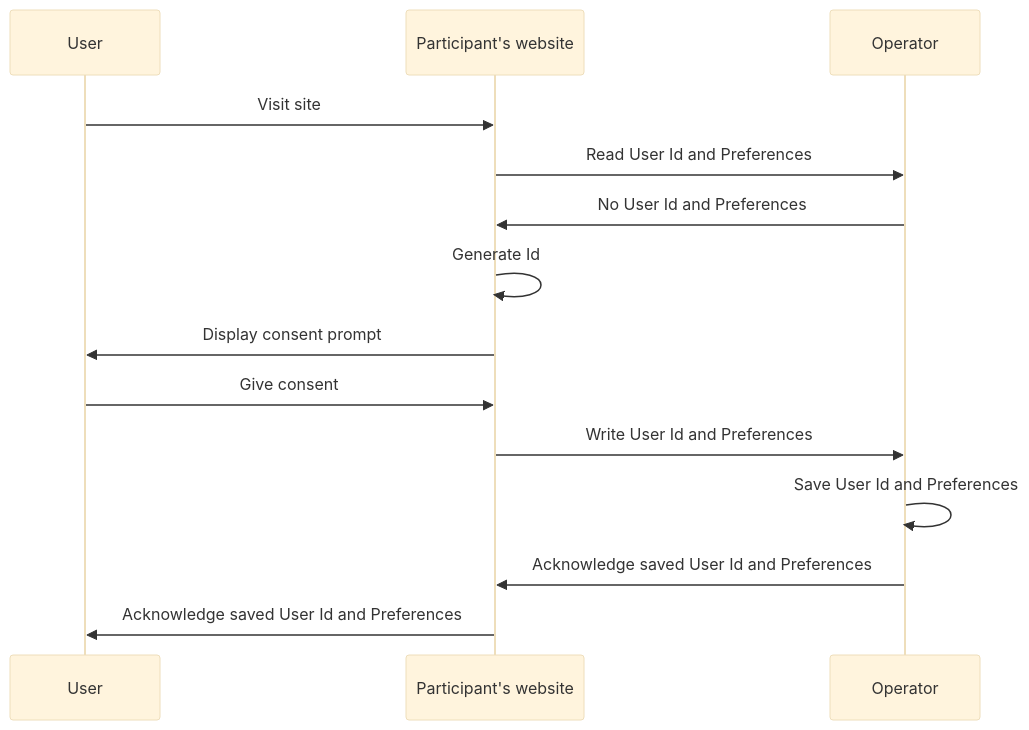
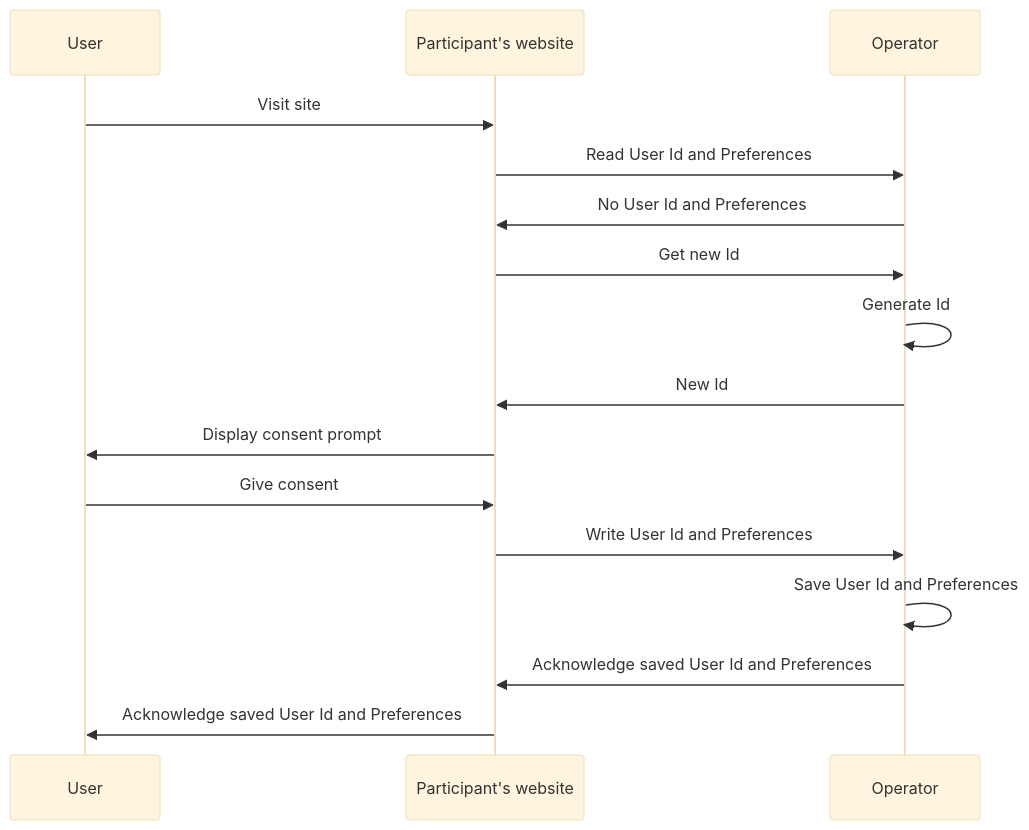
One commit to OneKey-Network/addressability-framework changed the first of 4 diagrams in mvp-spec/workflows.md. Above: the diagram before and after it, drawn with Mermaid (base theme).

Commit message:
Update workflows.md
Workflow update: Id generation is done by Operator

````diff
--- a/mvp-spec/workflows.md
+++ b/mvp-spec/workflows.md
@@ -13,20 +13,23 @@
 ```mermaid
 sequenceDiagram
 participant U as User
 participant P as Participant's website
 participant O as Operator
 
     U ->> P: Visit site
     
     P ->> O: Read User Id and Preferences
     O ->> P: No User Id and Preferences
     
-    P ->> P: Generate Id
+    P ->> O: Get new Id
+    O ->> O: Generate Id
+    O ->> P: New Id
+    
     P ->> U: Display consent prompt
     U ->> P: Give consent
 
     P ->> O: Write User Id and Preferences
     O ->> O: Save User Id and Preferences
     O ->> P: Acknowledge saved User Id and Preferences
     P ->> U: Acknowledge saved User Id and Preferences
 ```
````
